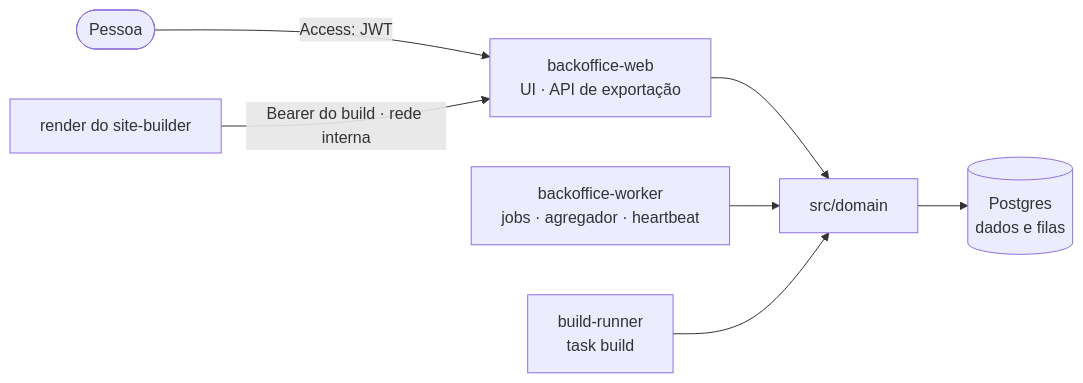
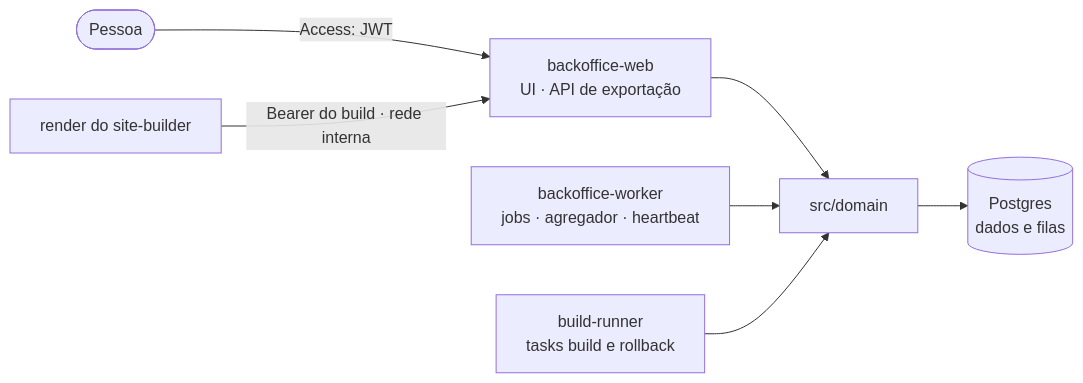
Before and after one commit to Orakel-AI-Content/platform: the first of 2 diagrams in apps/backoffice/docs/architecture/overview.md, drawn with Mermaid. The commit also changed other lines of this file, not shown here.

Commit message:
docs(backoffice): registra a task rollback no build-runner

````diff
--- a/apps/backoffice/docs/architecture/overview.md
+++ b/apps/backoffice/docs/architecture/overview.md
@@ -12,9 +12,9 @@
 ```mermaid
 flowchart LR
   P([Pessoa]) -->|Access: JWT| WEB[backoffice-web<br/>UI · API de exportação]
   WEB --> D[src/domain]
   W[backoffice-worker<br/>jobs · agregador · heartbeat] --> D
-  BR[build-runner<br/>task build] --> D
+  BR[build-runner<br/>tasks build e rollback] --> D
   D --> PG[(Postgres<br/>dados e filas)]
   RD[render do site-builder] -->|Bearer do build · rede interna| WEB
 ```
````
